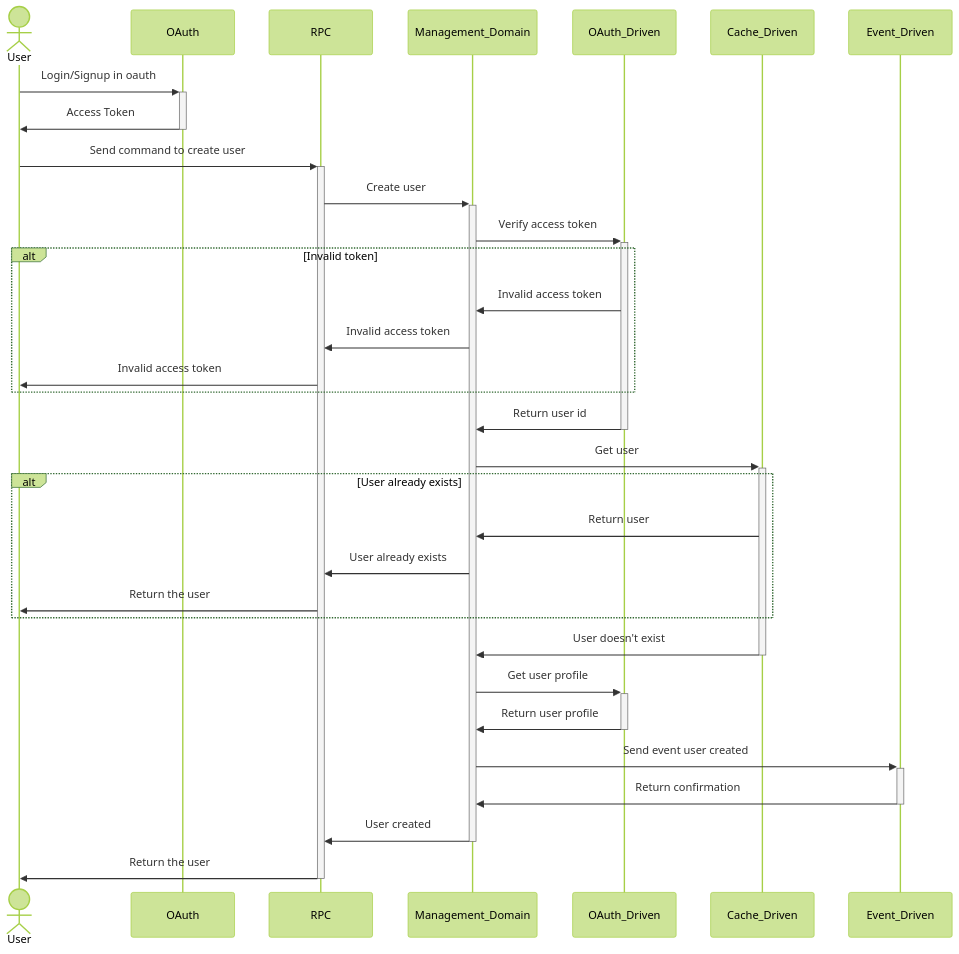
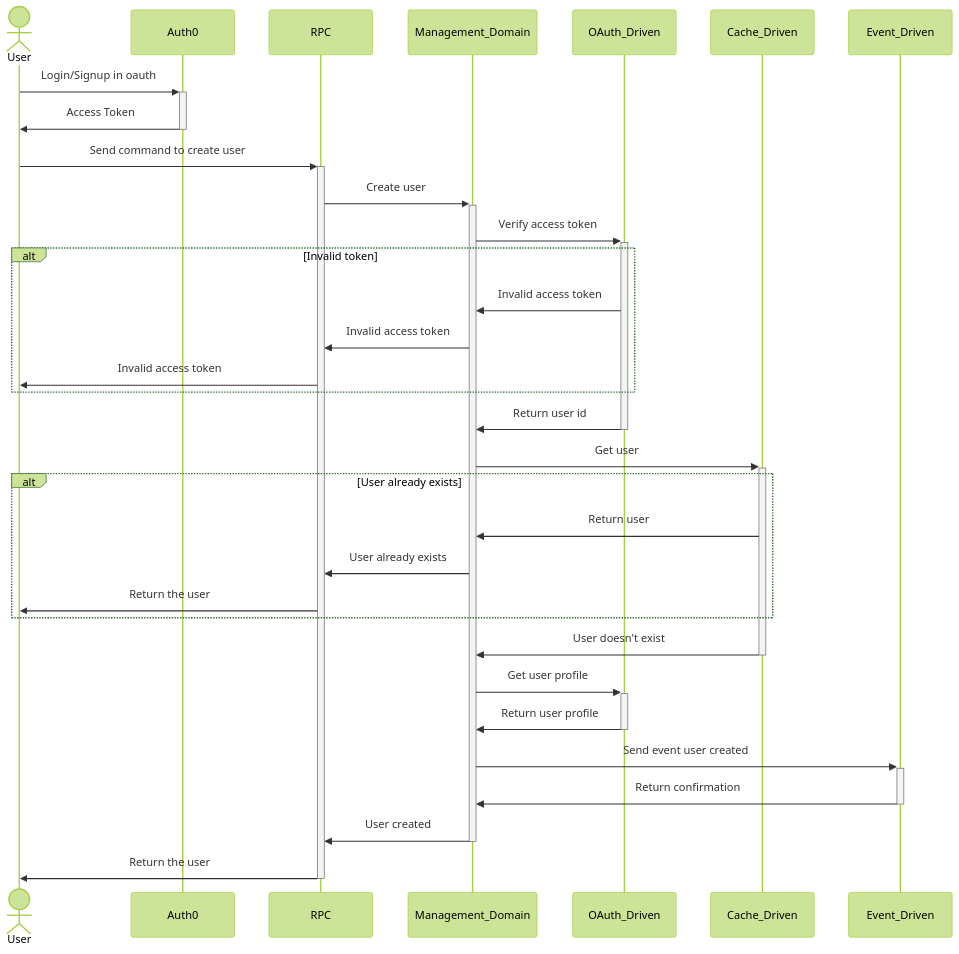
Before and after one commit to demeter-run/fabric: the first of 2 diagrams in diagrams/sequence.md, drawn with Mermaid (forest theme).

````diff
--- a/diagrams/sequence.md
+++ b/diagrams/sequence.md
@@ -11,35 +11,35 @@
 ```mermaid
 sequenceDiagram
     actor User
 
-    User->>+OAuth: Login/Signup in oauth
-    OAuth->>-User: Access Token
+    User->>+Auth0: Login/Signup in oauth
+    Auth0->>-User: Access Token
 
     User->>+RPC: Send command to create user
     RPC->>+Management_Domain: Create user
 
     Management_Domain->>+OAuth_Driven: Verify access token
     alt Invalid token
         OAuth_Driven->>Management_Domain: Invalid access token
         Management_Domain->>RPC: Invalid access token
         RPC->>User: Invalid access token
     end
     OAuth_Driven->>-Management_Domain: Return user id
 
     Management_Domain->>+Cache_Driven: Get user
     alt User already exists
         Cache_Driven->>Management_Domain: Return user
         Management_Domain->>RPC: User already exists
         RPC->>User: Return the user
     end
     Cache_Driven->>-Management_Domain: User doesn't exist
 
     Management_Domain->>+OAuth_Driven: Get user profile
     OAuth_Driven->>-Management_Domain: Return user profile
 
     Management_Domain->>+Event_Driven: Send event user created
     Event_Driven->>-Management_Domain: Return confirmation
 
     Management_Domain->>-RPC: User created
     RPC->>-User: Return the user
 ```
````
